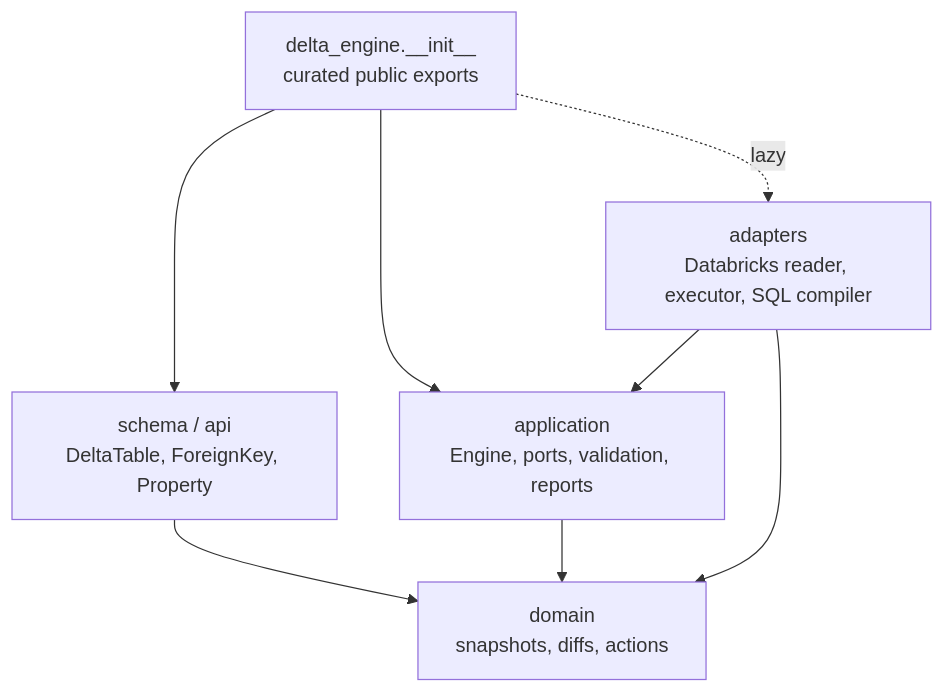
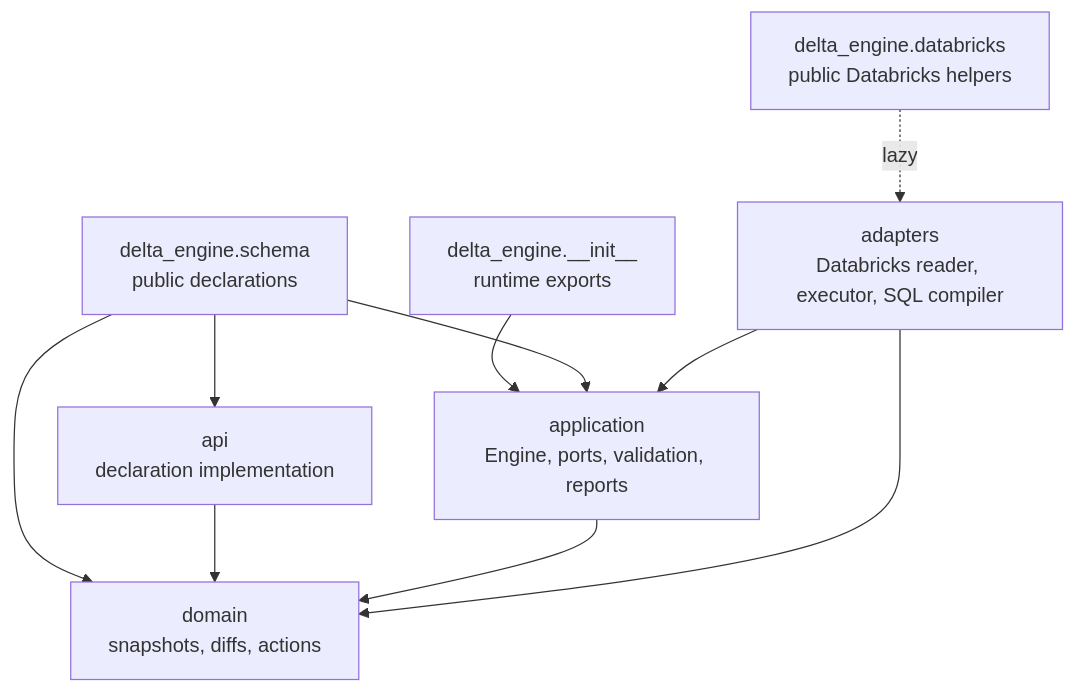
One commit to Tomoscorbin/delta-engine changed the fourth of 5 diagrams in docs/explanation-architecture.md. Above: the diagram before and after it, drawn with Mermaid. The commit also changed other lines of this file and 13 other files, not shown here.

Commit message:
Make schema the declaration import surface

````diff
--- a/docs/explanation-architecture.md
+++ b/docs/explanation-architecture.md
@@ -205,16 +206,20 @@
 ```mermaid
 flowchart TB
-    Public[delta_engine.__init__<br/>curated public exports]
-    API[schema / api<br/>DeltaTable, ForeignKey, Property]
+    Public[delta_engine.__init__<br/>runtime exports]
+    Schema[delta_engine.schema<br/>public declarations]
+    Databricks[delta_engine.databricks<br/>public Databricks helpers]
+    API[api<br/>declaration implementation]
     App[application<br/>Engine, ports, validation, reports]
     Domain[domain<br/>snapshots, diffs, actions]
     Adapters[adapters<br/>Databricks reader, executor, SQL compiler]
 
-    Public --> API
     Public --> App
-    Public -. lazy .-> Adapters
+    Schema --> API
+    Schema --> App
+    Schema --> Domain
+    Databricks -. lazy .-> Adapters
     API --> Domain
     App --> Domain
     Adapters --> App
     Adapters --> Domain
 ```
````
